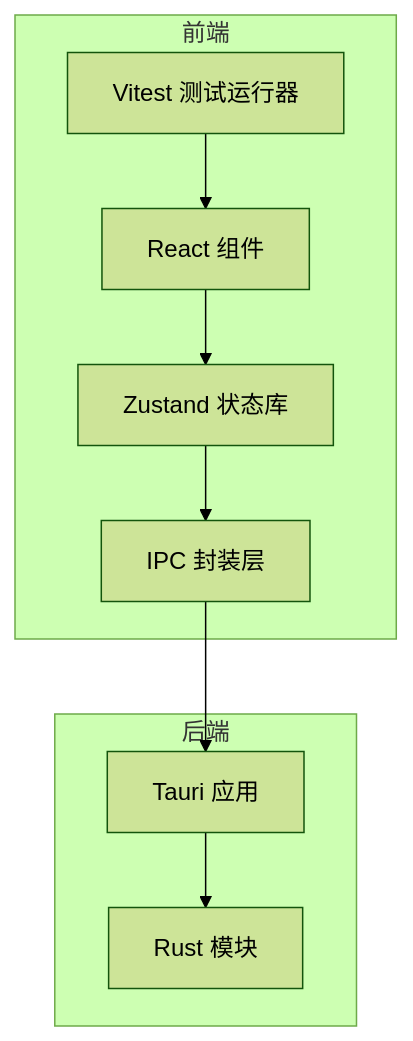
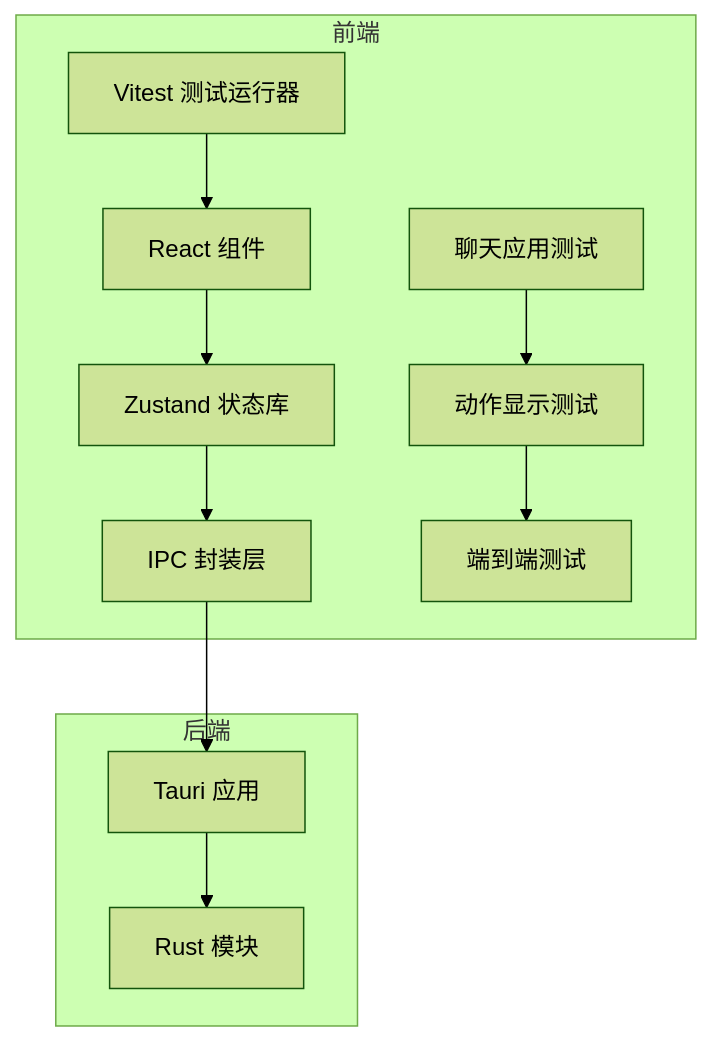
One commit to yattin/panes changed the first of 5 diagrams in .qoder/repowiki/zh/content/开发指南/测试策略.md. Above: the diagram before and after it, drawn with Mermaid (forest theme). The commit also changed other lines of this file and 45 other files, not shown here.

````diff
--- a/.qoder/repowiki/zh/content/开发指南/测试策略.md
+++ b/.qoder/repowiki/zh/content/开发指南/测试策略.md
@@ -46,18 +65,23 @@
 ```mermaid
 graph TB
 subgraph "前端"
 FE["Vitest 测试运行器"]
 UI["React 组件"]
 Stores["Zustand 状态库"]
 IPC["IPC 封装层"]
+ChatTests["聊天应用测试"]
+ActionTests["动作显示测试"]
+EndToEnd["端到端测试"]
 end
 subgraph "后端"
 Tauri["Tauri 应用"]
 Rust["Rust 模块"]
 end
 FE --> UI
 UI --> Stores
 Stores --> IPC
 IPC --> Tauri
 Tauri --> Rust
+ChatTests --> ActionTests
+ActionTests --> EndToEnd
 ```
````
